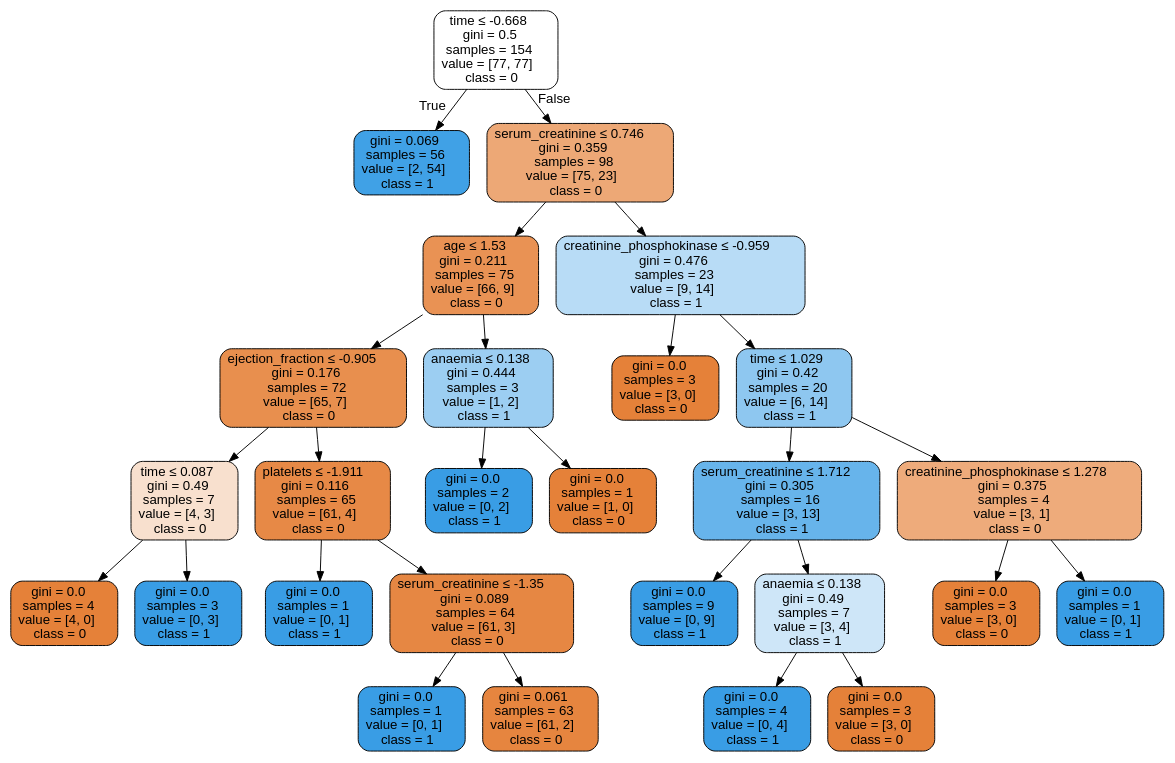
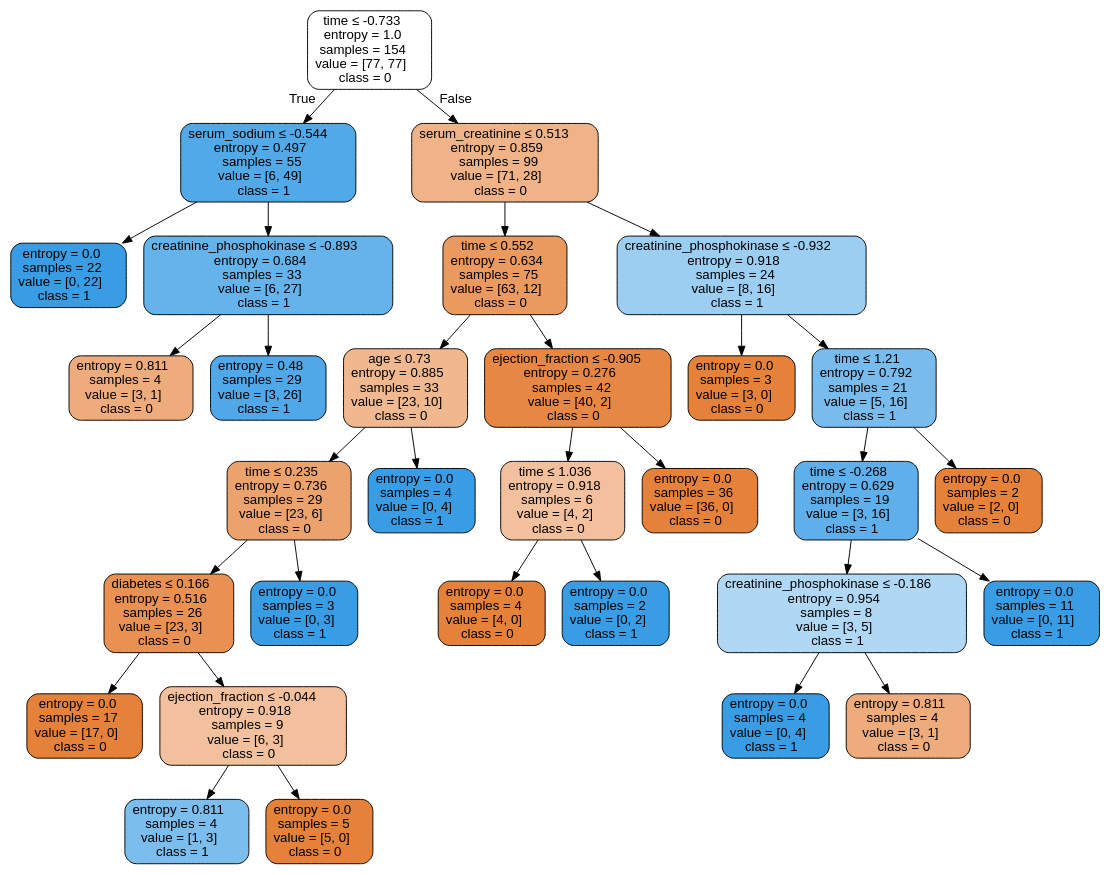
The diagram in Labs/Results/DecisionTrees/FeatureEng/UnderSample/HFCR - UnderSample - dtree.dot (isabelSoares/CD-2021), drawn with Graphviz before and after one commit. The commit also changed 43 other files, not shown here.

```diff
--- a/Labs/Results/DecisionTrees/FeatureEng/UnderSample/HFCR - UnderSample - dtree.dot
+++ b/Labs/Results/DecisionTrees/FeatureEng/UnderSample/HFCR - UnderSample - dtree.dot
@@ -1,57 +1,65 @@
 digraph Tree {
 node [shape=box, style="filled, rounded", color="black", fontname=helvetica] ;
 edge [fontname=helvetica] ;
-0 [label=<time &le; -0.668<br/>gini = 0.5<br/>samples = 154<br/>value = [77, 77]<br/>class = 0>, fillcolor="#ffffff"] ;
-1 [label=<gini = 0.069<br/>samples = 56<br/>value = [2, 54]<br/>class = 1>, fillcolor="#40a1e6"] ;
+0 [label=<time &le; -0.733<br/>entropy = 1.0<br/>samples = 154<br/>value = [77, 77]<br/>class = 0>, fillcolor="#ffffff"] ;
+1 [label=<serum_sodium &le; -0.544<br/>entropy = 0.497<br/>samples = 55<br/>value = [6, 49]<br/>class = 1>, fillcolor="#51a9e8"] ;
 0 -> 1 [labeldistance=2.5, labelangle=45, headlabel="True"] ;
-2 [label=<serum_creatinine &le; 0.746<br/>gini = 0.359<br/>samples = 98<br/>value = [75, 23]<br/>class = 0>, fillcolor="#eda876"] ;
-0 -> 2 [labeldistance=2.5, labelangle=-45, headlabel="False"] ;
-3 [label=<age &le; 1.53<br/>gini = 0.211<br/>samples = 75<br/>value = [66, 9]<br/>class = 0>, fillcolor="#e99254"] ;
-2 -> 3 ;
-4 [label=<ejection_fraction &le; -0.905<br/>gini = 0.176<br/>samples = 72<br/>value = [65, 7]<br/>class = 0>, fillcolor="#e88f4e"] ;
+2 [label=<entropy = 0.0<br/>samples = 22<br/>value = [0, 22]<br/>class = 1>, fillcolor="#399de5"] ;
+1 -> 2 ;
+3 [label=<creatinine_phosphokinase &le; -0.893<br/>entropy = 0.684<br/>samples = 33<br/>value = [6, 27]<br/>class = 1>, fillcolor="#65b3eb"] ;
+1 -> 3 ;
+4 [label=<entropy = 0.811<br/>samples = 4<br/>value = [3, 1]<br/>class = 0>, fillcolor="#eeab7b"] ;
 3 -> 4 ;
-5 [label=<time &le; 0.087<br/>gini = 0.49<br/>samples = 7<br/>value = [4, 3]<br/>class = 0>, fillcolor="#f8e0ce"] ;
-4 -> 5 ;
-6 [label=<gini = 0.0<br/>samples = 4<br/>value = [4, 0]<br/>class = 0>, fillcolor="#e58139"] ;
-5 -> 6 ;
-7 [label=<gini = 0.0<br/>samples = 3<br/>value = [0, 3]<br/>class = 1>, fillcolor="#399de5"] ;
-5 -> 7 ;
-8 [label=<platelets &le; -1.911<br/>gini = 0.116<br/>samples = 65<br/>value = [61, 4]<br/>class = 0>, fillcolor="#e78946"] ;
-4 -> 8 ;
-9 [label=<gini = 0.0<br/>samples = 1<br/>value = [0, 1]<br/>class = 1>, fillcolor="#399de5"] ;
+5 [label=<entropy = 0.48<br/>samples = 29<br/>value = [3, 26]<br/>class = 1>, fillcolor="#50a8e8"] ;
+3 -> 5 ;
+6 [label=<serum_creatinine &le; 0.513<br/>entropy = 0.859<br/>samples = 99<br/>value = [71, 28]<br/>class = 0>, fillcolor="#efb387"] ;
+0 -> 6 [labeldistance=2.5, labelangle=-45, headlabel="False"] ;
+7 [label=<time &le; 0.552<br/>entropy = 0.634<br/>samples = 75<br/>value = [63, 12]<br/>class = 0>, fillcolor="#ea995f"] ;
+6 -> 7 ;
+8 [label=<age &le; 0.73<br/>entropy = 0.885<br/>samples = 33<br/>value = [23, 10]<br/>class = 0>, fillcolor="#f0b88f"] ;
+7 -> 8 ;
+9 [label=<time &le; 0.235<br/>entropy = 0.736<br/>samples = 29<br/>value = [23, 6]<br/>class = 0>, fillcolor="#eca26d"] ;
 8 -> 9 ;
-10 [label=<serum_creatinine &le; -1.35<br/>gini = 0.089<br/>samples = 64<br/>value = [61, 3]<br/>class = 0>, fillcolor="#e68743"] ;
-8 -> 10 ;
-11 [label=<gini = 0.0<br/>samples = 1<br/>value = [0, 1]<br/>class = 1>, fillcolor="#399de5"] ;
+10 [label=<diabetes &le; 0.166<br/>entropy = 0.516<br/>samples = 26<br/>value = [23, 3]<br/>class = 0>, fillcolor="#e89153"] ;
+9 -> 10 ;
+11 [label=<entropy = 0.0<br/>samples = 17<br/>value = [17, 0]<br/>class = 0>, fillcolor="#e58139"] ;
 10 -> 11 ;
-12 [label=<gini = 0.061<br/>samples = 63<br/>value = [61, 2]<br/>class = 0>, fillcolor="#e6853f"] ;
+12 [label=<ejection_fraction &le; -0.044<br/>entropy = 0.918<br/>samples = 9<br/>value = [6, 3]<br/>class = 0>, fillcolor="#f2c09c"] ;
 10 -> 12 ;
-13 [label=<anaemia &le; 0.138<br/>gini = 0.444<br/>samples = 3<br/>value = [1, 2]<br/>class = 1>, fillcolor="#9ccef2"] ;
-3 -> 13 ;
-14 [label=<gini = 0.0<br/>samples = 2<br/>value = [0, 2]<br/>class = 1>, fillcolor="#399de5"] ;
-13 -> 14 ;
-15 [label=<gini = 0.0<br/>samples = 1<br/>value = [1, 0]<br/>class = 0>, fillcolor="#e58139"] ;
-13 -> 15 ;
-16 [label=<creatinine_phosphokinase &le; -0.959<br/>gini = 0.476<br/>samples = 23<br/>value = [9, 14]<br/>class = 1>, fillcolor="#b8dcf6"] ;
-2 -> 16 ;
-17 [label=<gini = 0.0<br/>samples = 3<br/>value = [3, 0]<br/>class = 0>, fillcolor="#e58139"] ;
-16 -> 17 ;
-18 [label=<time &le; 1.029<br/>gini = 0.42<br/>samples = 20<br/>value = [6, 14]<br/>class = 1>, fillcolor="#8ec7f0"] ;
-16 -> 18 ;
-19 [label=<serum_creatinine &le; 1.712<br/>gini = 0.305<br/>samples = 16<br/>value = [3, 13]<br/>class = 1>, fillcolor="#67b4eb"] ;
+13 [label=<entropy = 0.811<br/>samples = 4<br/>value = [1, 3]<br/>class = 1>, fillcolor="#7bbeee"] ;
+12 -> 13 ;
+14 [label=<entropy = 0.0<br/>samples = 5<br/>value = [5, 0]<br/>class = 0>, fillcolor="#e58139"] ;
+12 -> 14 ;
+15 [label=<entropy = 0.0<br/>samples = 3<br/>value = [0, 3]<br/>class = 1>, fillcolor="#399de5"] ;
+9 -> 15 ;
+16 [label=<entropy = 0.0<br/>samples = 4<br/>value = [0, 4]<br/>class = 1>, fillcolor="#399de5"] ;
+8 -> 16 ;
+17 [label=<ejection_fraction &le; -0.905<br/>entropy = 0.276<br/>samples = 42<br/>value = [40, 2]<br/>class = 0>, fillcolor="#e68743"] ;
+7 -> 17 ;
+18 [label=<time &le; 1.036<br/>entropy = 0.918<br/>samples = 6<br/>value = [4, 2]<br/>class = 0>, fillcolor="#f2c09c"] ;
+17 -> 18 ;
+19 [label=<entropy = 0.0<br/>samples = 4<br/>value = [4, 0]<br/>class = 0>, fillcolor="#e58139"] ;
 18 -> 19 ;
-20 [label=<gini = 0.0<br/>samples = 9<br/>value = [0, 9]<br/>class = 1>, fillcolor="#399de5"] ;
-19 -> 20 ;
-21 [label=<anaemia &le; 0.138<br/>gini = 0.49<br/>samples = 7<br/>value = [3, 4]<br/>class = 1>, fillcolor="#cee6f8"] ;
-19 -> 21 ;
-22 [label=<gini = 0.0<br/>samples = 4<br/>value = [0, 4]<br/>class = 1>, fillcolor="#399de5"] ;
-21 -> 22 ;
-23 [label=<gini = 0.0<br/>samples = 3<br/>value = [3, 0]<br/>class = 0>, fillcolor="#e58139"] ;
-21 -> 23 ;
-24 [label=<creatinine_phosphokinase &le; 1.278<br/>gini = 0.375<br/>samples = 4<br/>value = [3, 1]<br/>class = 0>, fillcolor="#eeab7b"] ;
-18 -> 24 ;
-25 [label=<gini = 0.0<br/>samples = 3<br/>value = [3, 0]<br/>class = 0>, fillcolor="#e58139"] ;
+20 [label=<entropy = 0.0<br/>samples = 2<br/>value = [0, 2]<br/>class = 1>, fillcolor="#399de5"] ;
+18 -> 20 ;
+21 [label=<entropy = 0.0<br/>samples = 36<br/>value = [36, 0]<br/>class = 0>, fillcolor="#e58139"] ;
+17 -> 21 ;
+22 [label=<creatinine_phosphokinase &le; -0.932<br/>entropy = 0.918<br/>samples = 24<br/>value = [8, 16]<br/>class = 1>, fillcolor="#9ccef2"] ;
+6 -> 22 ;
+23 [label=<entropy = 0.0<br/>samples = 3<br/>value = [3, 0]<br/>class = 0>, fillcolor="#e58139"] ;
+22 -> 23 ;
+24 [label=<time &le; 1.21<br/>entropy = 0.792<br/>samples = 21<br/>value = [5, 16]<br/>class = 1>, fillcolor="#77bced"] ;
+22 -> 24 ;
+25 [label=<time &le; -0.268<br/>entropy = 0.629<br/>samples = 19<br/>value = [3, 16]<br/>class = 1>, fillcolor="#5eafea"] ;
 24 -> 25 ;
-26 [label=<gini = 0.0<br/>samples = 1<br/>value = [0, 1]<br/>class = 1>, fillcolor="#399de5"] ;
-24 -> 26 ;
+26 [label=<creatinine_phosphokinase &le; -0.186<br/>entropy = 0.954<br/>samples = 8<br/>value = [3, 5]<br/>class = 1>, fillcolor="#b0d8f5"] ;
+25 -> 26 ;
+27 [label=<entropy = 0.0<br/>samples = 4<br/>value = [0, 4]<br/>class = 1>, fillcolor="#399de5"] ;
+26 -> 27 ;
+28 [label=<entropy = 0.811<br/>samples = 4<br/>value = [3, 1]<br/>class = 0>, fillcolor="#eeab7b"] ;
+26 -> 28 ;
+29 [label=<entropy = 0.0<br/>samples = 11<br/>value = [0, 11]<br/>class = 1>, fillcolor="#399de5"] ;
+25 -> 29 ;
+30 [label=<entropy = 0.0<br/>samples = 2<br/>value = [2, 0]<br/>class = 0>, fillcolor="#e58139"] ;
+24 -> 30 ;
 }
```
